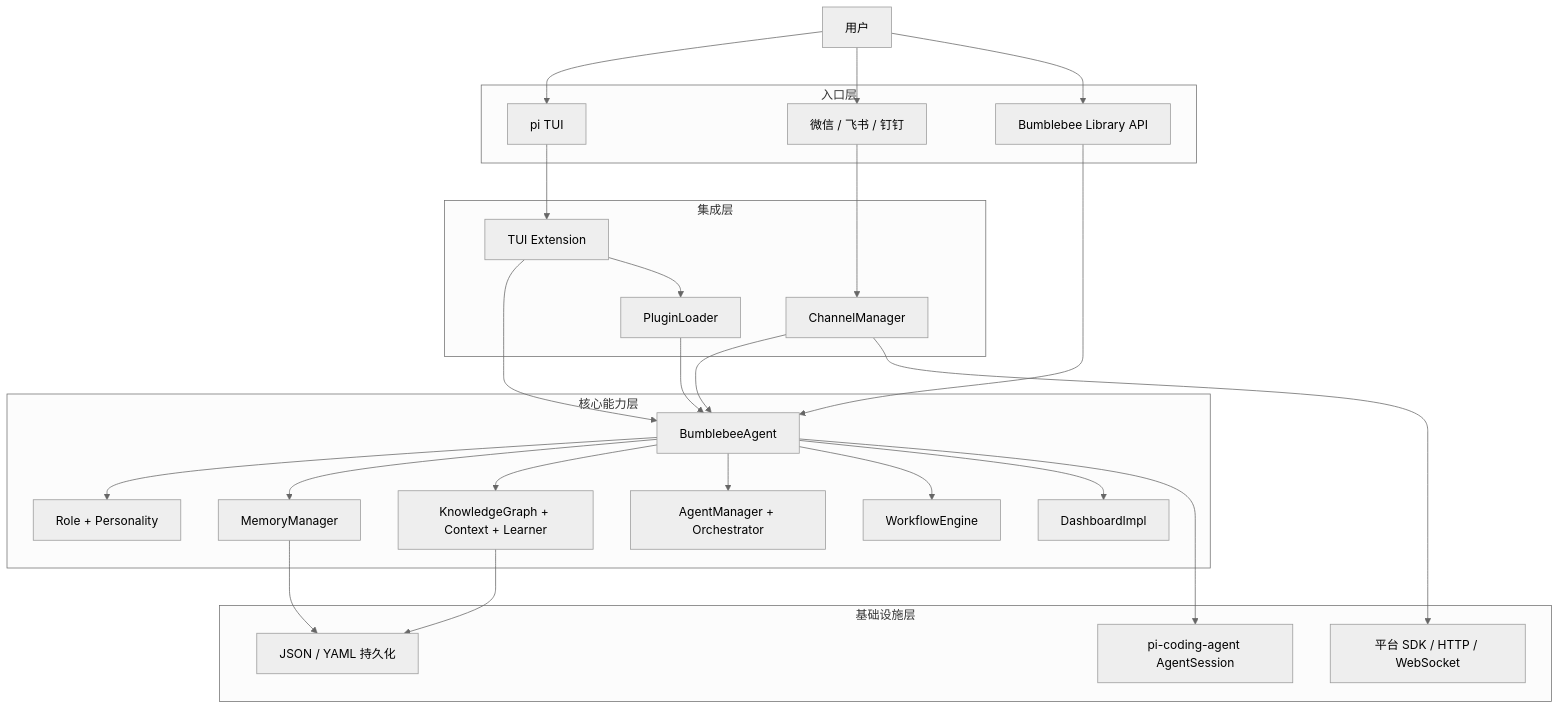
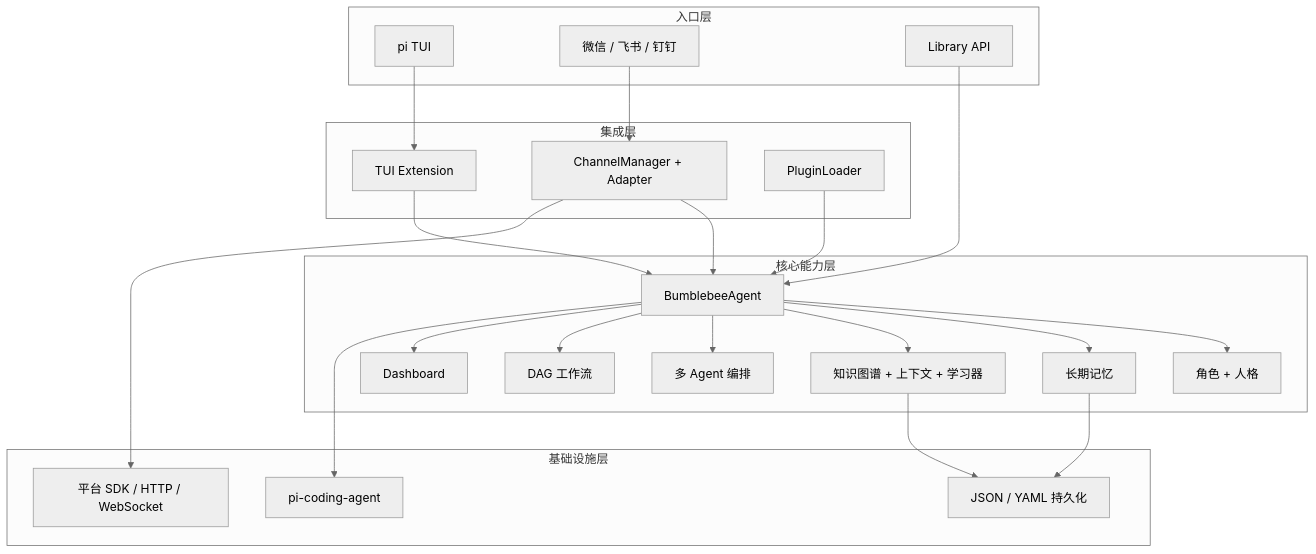
Before and after one commit to ReadNULL/Bumblebee: the second of 9 diagrams in docs/interview-guide.md, drawn with Mermaid (neutral theme). The commit also changed other lines of this file and 5 other files, not shown here.

````diff
--- a/docs/interview-guide.md
+++ b/docs/interview-guide.md
@@ -18,53 +67,45 @@
 ```mermaid
-flowchart TB
-    User["用户"]
-
+flowchart TD
     subgraph Entry["入口层"]
         TUI["pi TUI"]
         IM["微信 / 飞书 / 钉钉"]
-        SDK["Bumblebee Library API"]
+        SDK["Library API"]
     end
 
     subgraph Integration["集成层"]
         Ext["TUI Extension"]
-        ChannelManager["ChannelManager"]
-        PluginLoader["PluginLoader"]
+        Channel["ChannelManager + Adapter"]
+        Plugin["PluginLoader"]
     end
 
     subgraph Core["核心能力层"]
         Agent["BumblebeeAgent"]
-        Roles["Role + Personality"]
-        Memory["MemoryManager"]
-        Knowledge["KnowledgeGraph + Context + Learner"]
-        Agents["AgentManager + Orchestrator"]
-        Workflow["WorkflowEngine"]
-        Dashboard["DashboardImpl"]
+        Role["角色 + 人格"]
+        Memory["长期记忆"]
+        Knowledge["知识图谱 + 上下文 + 学习器"]
+        MultiAgent["多 Agent 编排"]
+        Workflow["DAG 工作流"]
+        Dashboard["Dashboard"]
     end
 
     subgraph Foundation["基础设施层"]
-        Pi["pi-coding-agent AgentSession"]
+        Pi["pi-coding-agent"]
         Storage["JSON / YAML 持久化"]
-        PlatformSDK["平台 SDK / HTTP / WebSocket"]
+        Platform["平台 SDK / HTTP / WebSocket"]
     end
 
-    User --> TUI
-    User --> IM
-    User --> SDK
-    TUI --> Ext
-    IM --> ChannelManager
-    Ext --> Agent
-    ChannelManager --> Agent
+    TUI --> Ext --> Agent
+    IM --> Channel --> Agent
     SDK --> Agent
-    Ext --> PluginLoader
-    PluginLoader --> Agent
-    Agent --> Roles
+    Plugin --> Agent
+    Agent --> Role
     Agent --> Memory
     Agent --> Knowledge
-    Agent --> Agents
+    Agent --> MultiAgent
     Agent --> Workflow
     Agent --> Dashboard
     Agent --> Pi
     Memory --> Storage
     Knowledge --> Storage
-    ChannelManager --> PlatformSDK
+    Channel --> Platform
 ```
````
